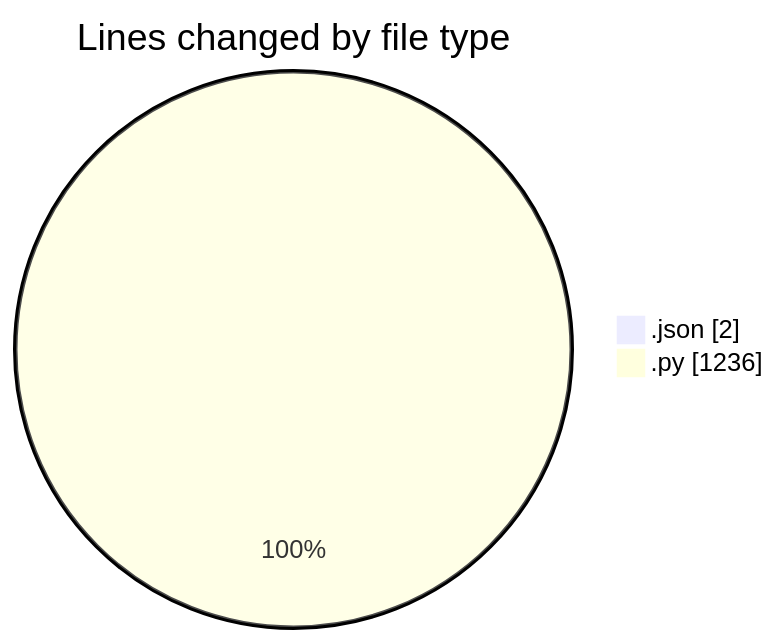
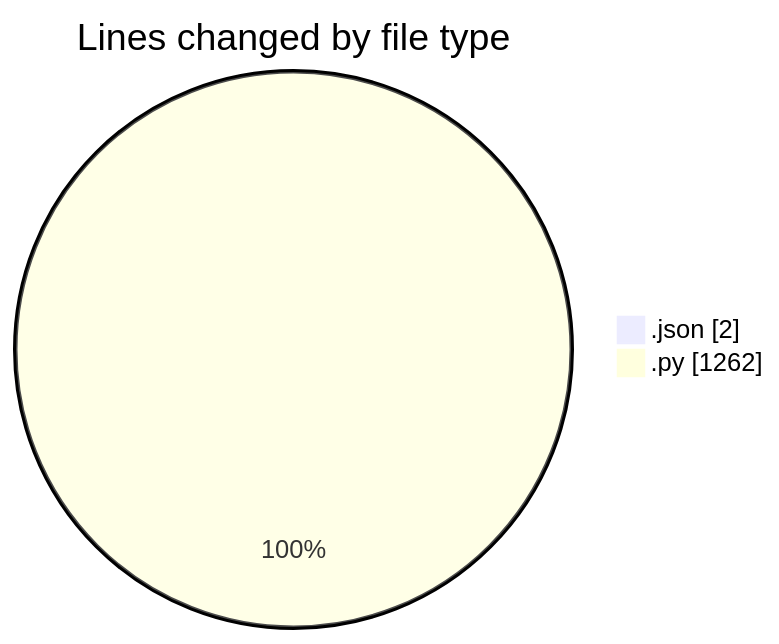
One commit to MatusMokan/code-tracking changed the first of 2 diagrams in 2025-02-19/myws__workspace_/README.md. Above: the diagram before and after it, drawn with Mermaid. The commit also changed other lines of this file and 1 other file, not shown here.

````diff
--- a/2025-02-19/myws__workspace_/README.md
+++ b/2025-02-19/myws__workspace_/README.md
@@ -24,6 +24,6 @@
 ```mermaid
 pie showData
 title Lines changed by file type
 ".json" : 2
-".py" : 1236
+".py" : 1262
 ```
````
